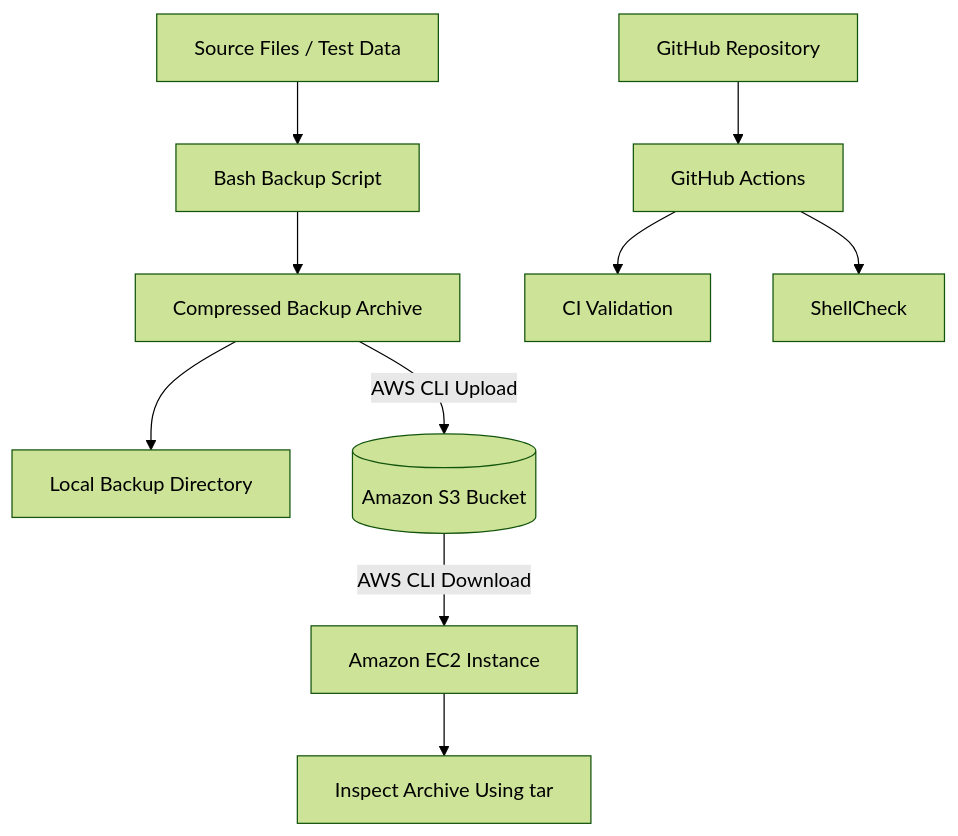
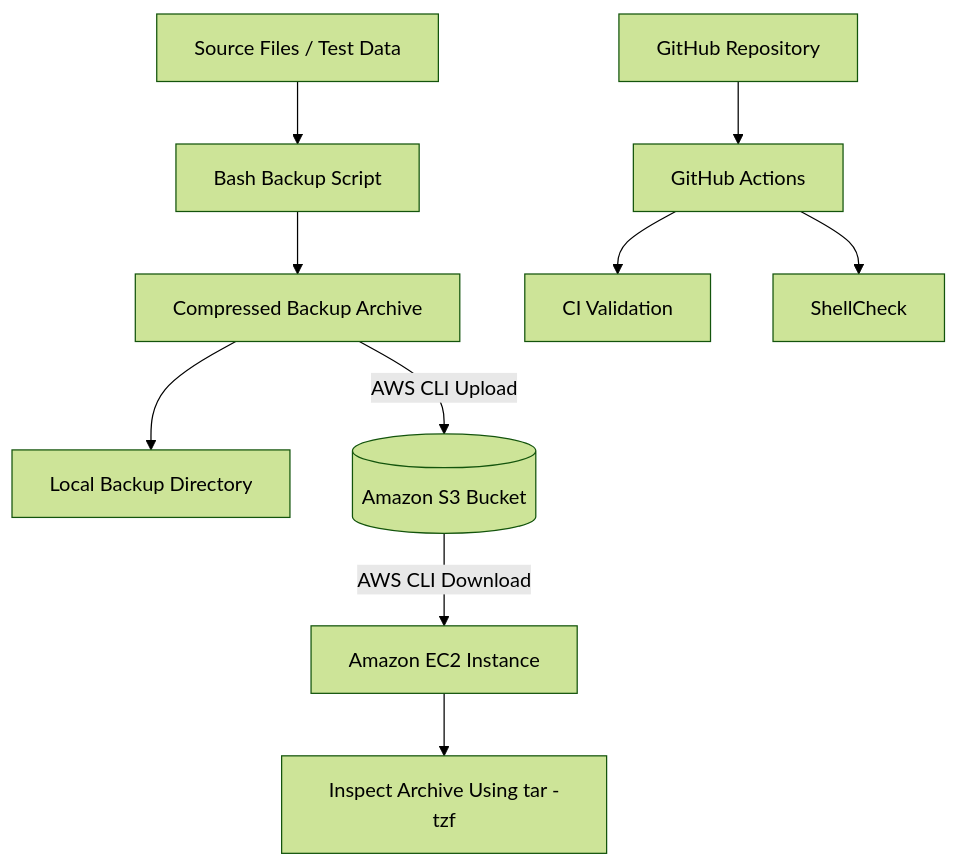
Before and after one commit to srushtirevoor99-beep/cloudops-toolkit: the diagram in README.md, drawn with Mermaid (forest theme). The commit also changed other lines of this file, not shown here.

````diff
--- a/README.md
+++ b/README.md
@@ -47,13 +47,13 @@
 ```mermaid
 flowchart TD
-    A[Source Files / Test Data] --> B[Bash Backup Script]
-    B --> C[Compressed Backup Archive]
-    C --> D[Local Backup Directory]
-    C -->|AWS CLI Upload| E[(Amazon S3 Bucket)]
-    E -->|AWS CLI Download| F[Amazon EC2 Instance]
-    F --> G[Inspect Archive Using tar]
-    
-    H[GitHub Repository] --> I[GitHub Actions]
-    I --> J[CI Validation]
-    I --> K[ShellCheck]
+    A["Source Files / Test Data"] --> B["Bash Backup Script"]
+    B --> C["Compressed Backup Archive"]
+    C --> D["Local Backup Directory"]
+    C -->|AWS CLI Upload| E[("Amazon S3 Bucket")]
+    E -->|AWS CLI Download| F["Amazon EC2 Instance"]
+    F --> G["Inspect Archive Using tar -tzf"]
+
+    H["GitHub Repository"] --> I["GitHub Actions"]
+    I --> J["CI Validation"]
+    I --> K["ShellCheck"]
 ```
````
